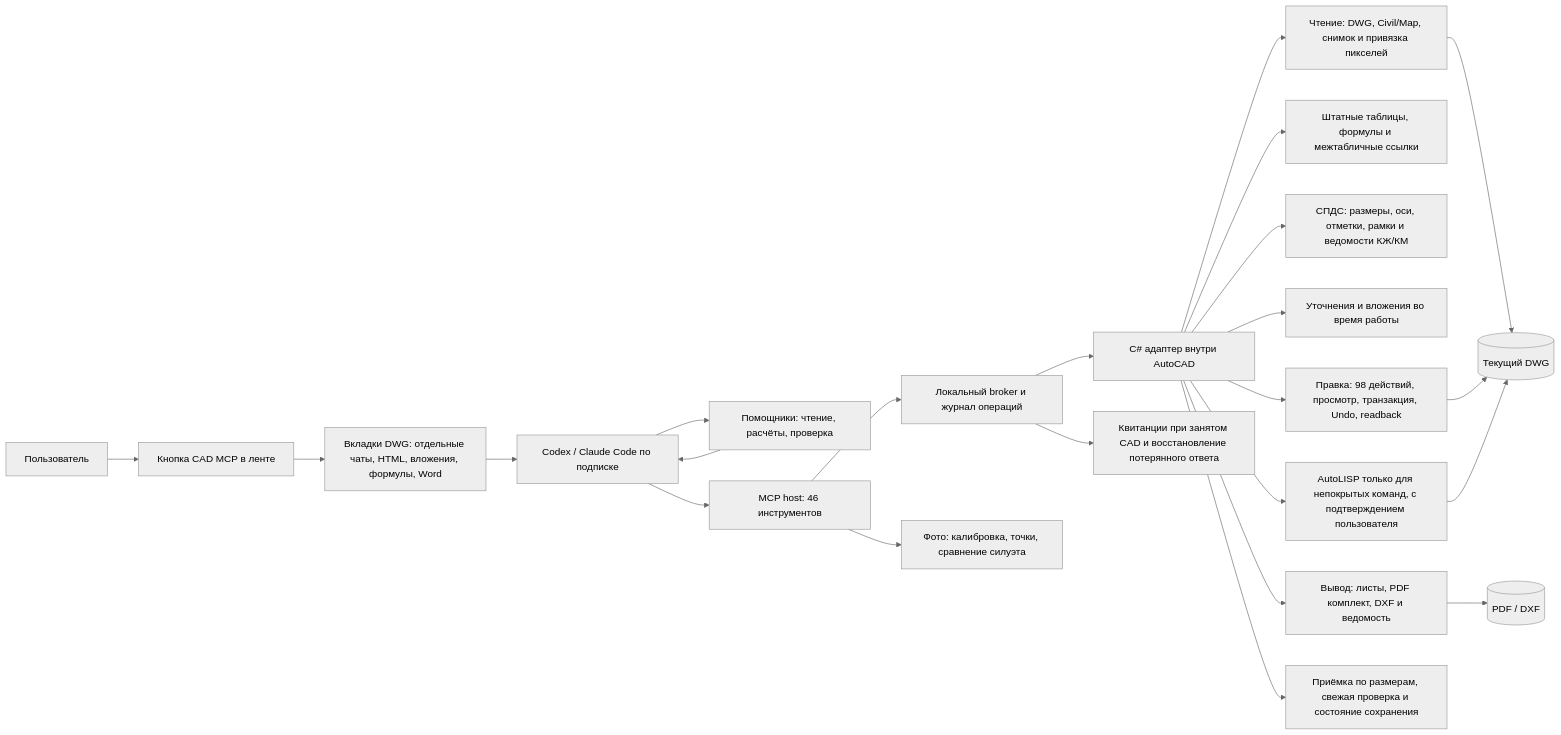
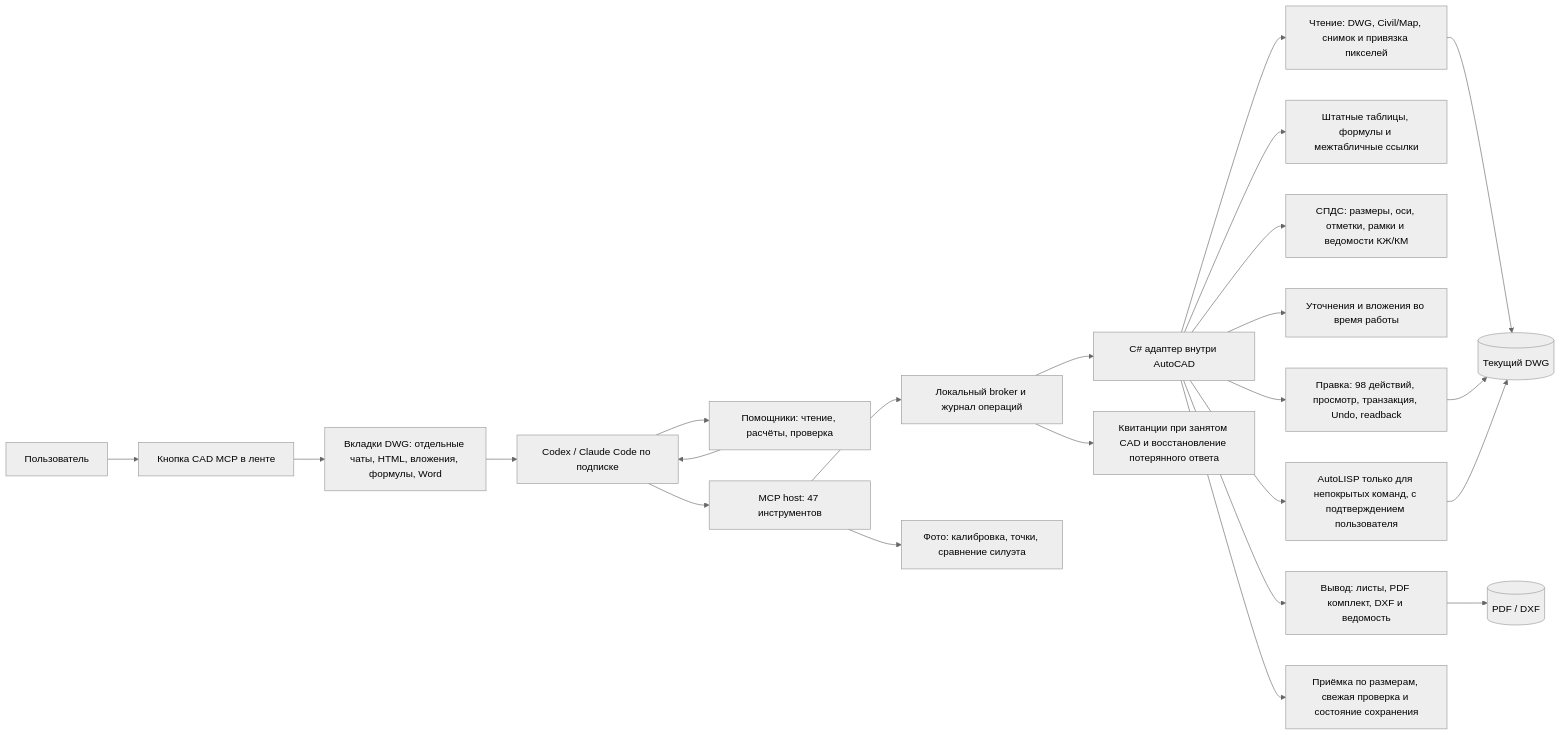
The diagram in docs/capabilities.md (debug23win/autocad-mcp), drawn with Mermaid (neutral theme) before and after one commit. The commit also changed 27 other files, not shown here.

````diff
--- a/docs/capabilities.md
+++ b/docs/capabilities.md
@@ -3,25 +3,25 @@
 ```mermaid
 flowchart LR
     U[Пользователь] --> R[Кнопка CAD MCP в ленте]
     R --> C[Вкладки DWG: отдельные чаты, HTML, вложения, формулы, Word]
     C --> P[Codex / Claude Code по подписке]
     P --> H[Помощники: чтение, расчёты, проверка]
     H --> P
-    P --> M[MCP host: 46 инструментов]
+    P --> M[MCP host: 47 инструментов]
     M --> B[Локальный broker и журнал операций]
     B --> A[C# адаптер внутри AutoCAD]
     A --> Q[Чтение: DWG, Civil/Map, снимок и привязка пикселей]
     A --> T[Штатные таблицы, формулы и межтабличные ссылки]
     A --> G[СПДС: размеры, оси, отметки, рамки и ведомости КЖ/КМ]
     A --> S[Уточнения и вложения во время работы]
     A --> E[Правка: 98 действий, просмотр, транзакция, Undo, readback]
     A --> X[Вывод: листы, PDF комплект, DXF и ведомость]
     A --> F[AutoLISP только для непокрытых команд, с подтверждением пользователя]
     M --> V[Фото: калибровка, точки, сравнение силуэта]
     A --> K[Приёмка по размерам, свежая проверка и состояние сохранения]
     B --> J[Квитанции при занятом CAD и восстановление потерянного ответа]
     Q --> D[(Текущий DWG)]
     E --> D
     X --> O[(PDF / DXF)]
     F --> D
 ```
````
